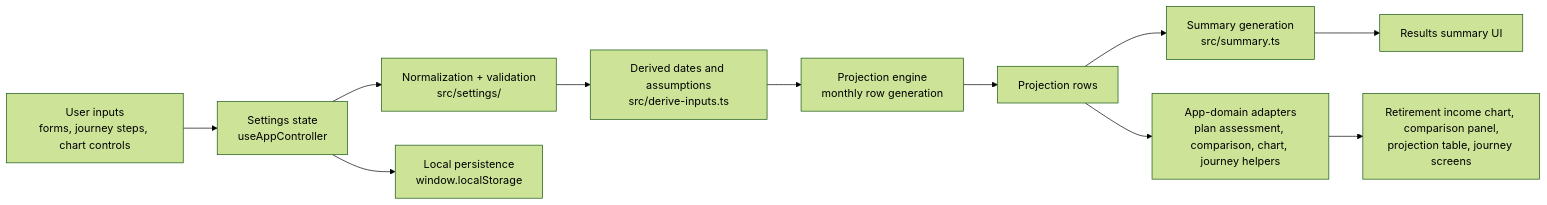
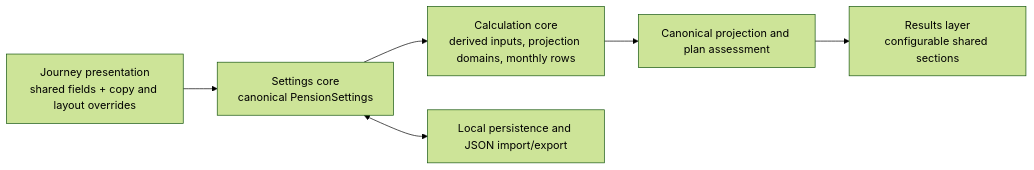
Before and after one commit to r0w4n/cs-pension-modeller: the diagram in README.md, drawn with Mermaid (forest theme). The commit also changed other lines of this file and 25 other files, not shown here.

````diff
--- a/README.md
+++ b/README.md
@@ -244,13 +230,8 @@
 ```mermaid
 flowchart LR
-    A["User inputs<br/>forms, journey steps, chart controls"] --> B["Settings state<br/>useAppController"]
-    B --> C["Normalization + validation<br/>src/settings/"]
-    C --> D["Derived dates and assumptions<br/>src/derive-inputs.ts"]
-    D --> E["Projection engine<br/>monthly row generation"]
-    E --> F["Projection rows"]
-    F --> G["Summary generation<br/>src/summary.ts"]
-    F --> H["App-domain adapters<br/>plan assessment, comparison, chart, journey helpers"]
-    G --> I["Results summary UI"]
-    H --> J["Retirement income chart, comparison panel,<br/>projection table, journey screens"]
-    B --> K["Local persistence<br/>window.localStorage"]
+    A["Journey presentation<br/>shared fields + copy and layout overrides"] --> B["Settings core<br/>canonical PensionSettings"]
+    B --> C["Calculation core<br/>derived inputs, projection domains, monthly rows"]
+    C --> D["Canonical projection and plan assessment"]
+    D --> E["Results layer<br/>configurable shared sections"]
+    B <--> F["Local persistence and JSON import/export"]
 ```
````
